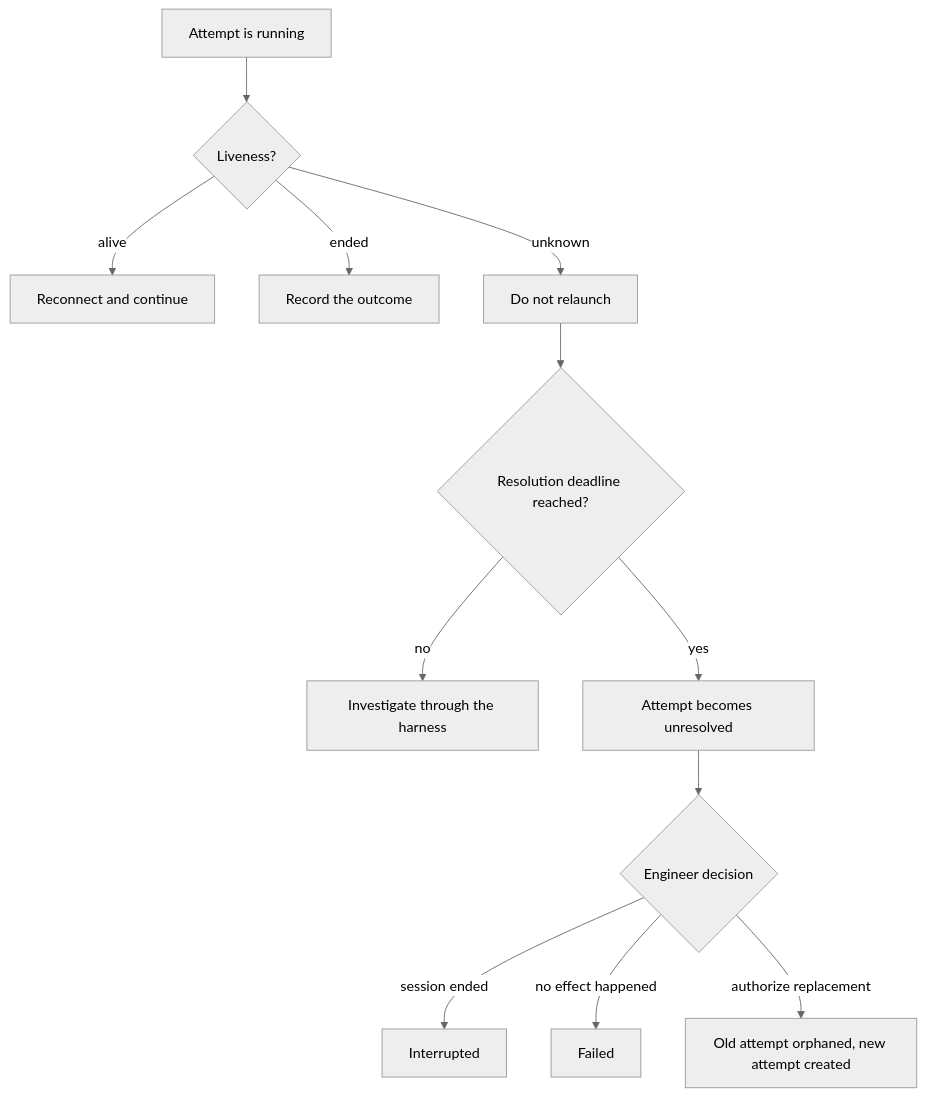
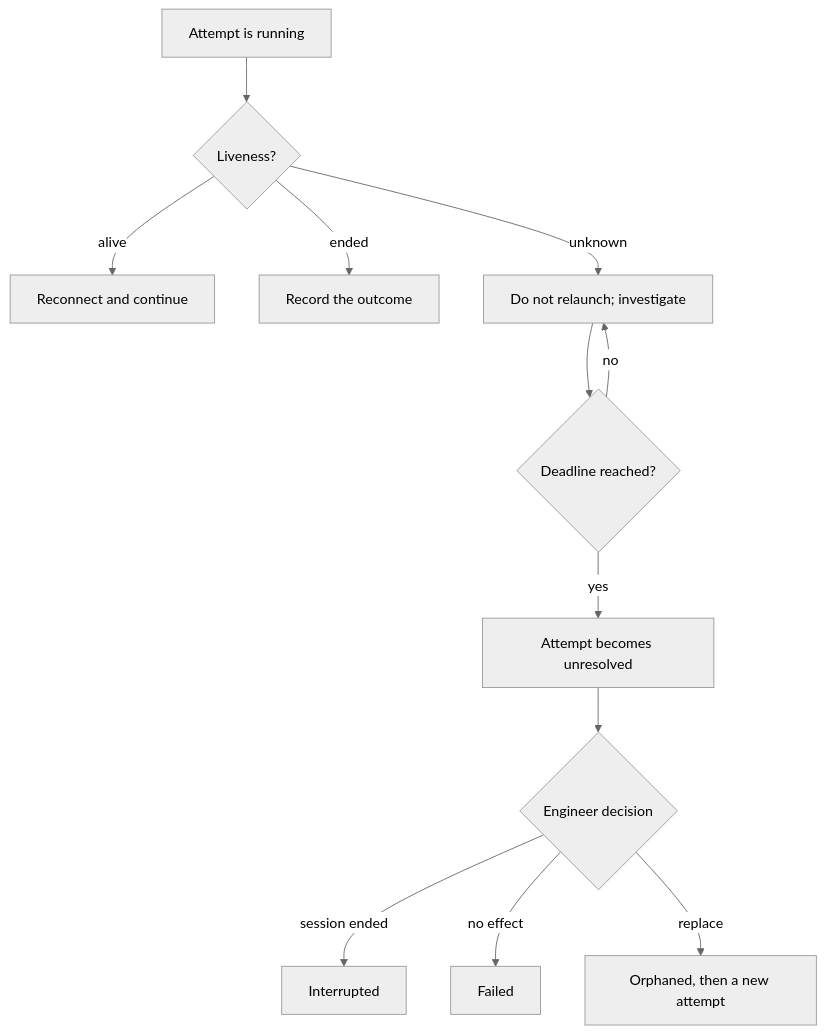
Before and after one commit to piton-lang/factory: the diagram in docs/github/guides/execution.md, drawn with Mermaid (neutral theme). The commit also changed other lines of this file and 37 other files, not shown here.

````diff
--- a/docs/github/guides/execution.md
+++ b/docs/github/guides/execution.md
@@ -7,14 +12,14 @@
 ```mermaid
 flowchart TD
     A["Attempt is running"] --> B{"Liveness?"}
     B -->|alive| C["Reconnect and continue"]
     B -->|ended| D["Record the outcome"]
-    B -->|unknown| E["Do not relaunch"]
-    E --> F{"Resolution deadline reached?"}
-    F -->|no| G["Investigate through the harness"]
-    F -->|yes| H["Attempt becomes unresolved"]
-    H --> I{"Engineer decision"}
-    I -->|session ended| J["Interrupted"]
-    I -->|no effect happened| K["Failed"]
-    I -->|authorize replacement| L["Old attempt orphaned, new attempt created"]
+    B -->|unknown| E["Do not relaunch; investigate"]
+    E --> F{"Deadline reached?"}
+    F -->|no| E
+    F -->|yes| G["Attempt becomes unresolved"]
+    G --> H{"Engineer decision"}
+    H -->|session ended| I["Interrupted"]
+    H -->|no effect| J["Failed"]
+    H -->|replace| K["Orphaned, then a new attempt"]
 ```
````
